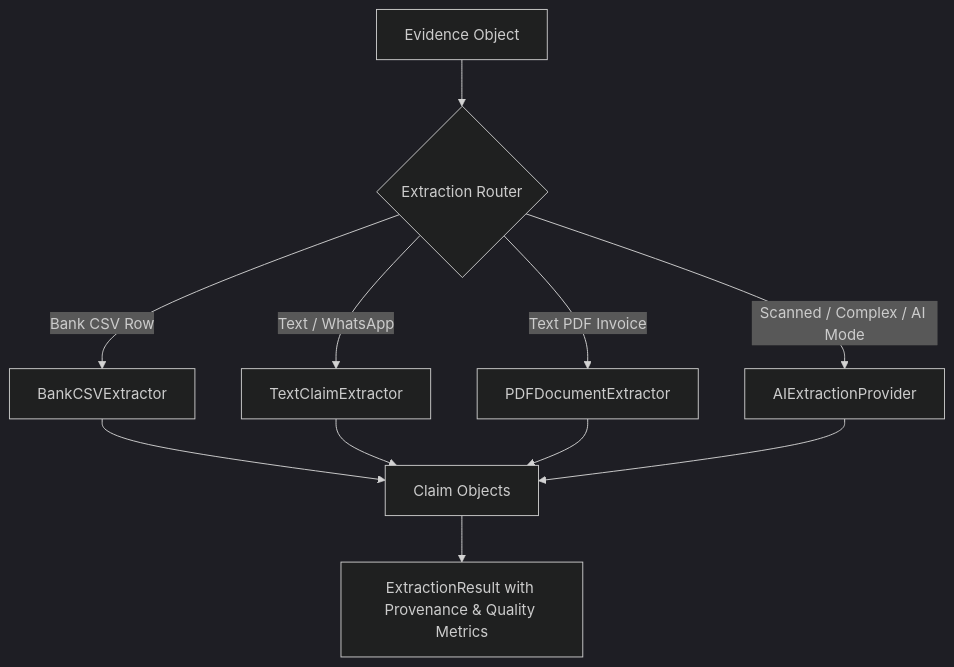
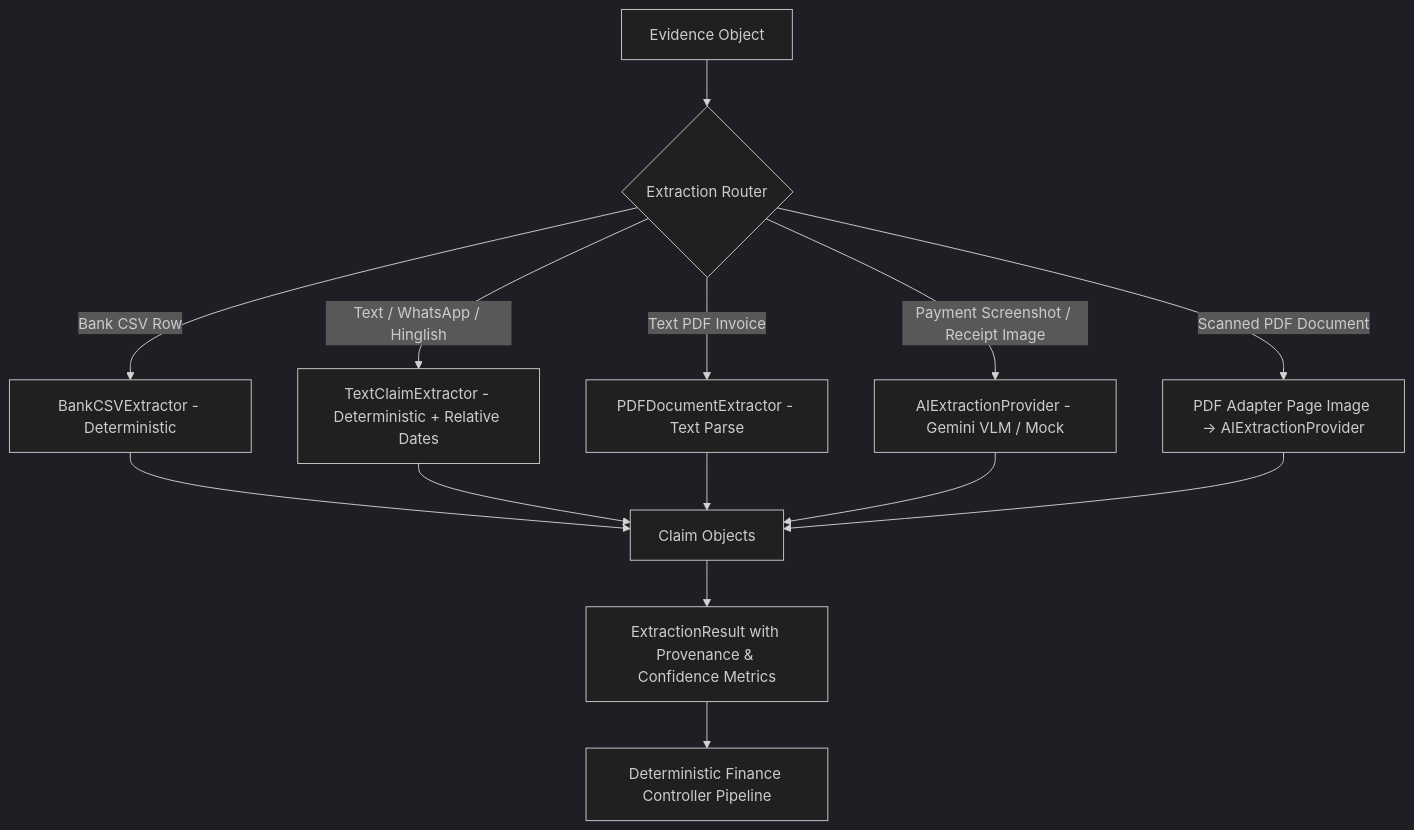
One commit to Sahaj1207/VERITY changed the diagram in docs/extraction.md. Above: the diagram before and after it, drawn with Mermaid (dark theme). The commit also changed other lines of this file and 176 other files, not shown here.

Commit message:
feat: finalize VERITY AI Finance Controller submission

````diff
--- a/docs/extraction.md
+++ b/docs/extraction.md
@@ -31,16 +34,19 @@
 ```mermaid
 graph TD
     A[Evidence Object] --> B{Extraction Router}
     
-    B -->|Bank CSV Row| C[BankCSVExtractor]
-    B -->|Text / WhatsApp| D[TextClaimExtractor]
-    B -->|Text PDF Invoice| E[PDFDocumentExtractor]
-    B -->|Scanned / Complex / AI Mode| F[AIExtractionProvider]
+    B -->|Bank CSV Row| C[BankCSVExtractor - Deterministic]
+    B -->|Text / WhatsApp / Hinglish| D[TextClaimExtractor - Deterministic + Relative Dates]
+    B -->|Text PDF Invoice| E[PDFDocumentExtractor - Text Parse]
+    B -->|Payment Screenshot / Receipt Image| F[AIExtractionProvider - Gemini VLM / Mock]
+    B -->|Scanned PDF Document| G[PDF Adapter Page Image -> AIExtractionProvider]
     
-    C --> G[Claim Objects]
-    D --> G
-    E --> G
-    F --> G
+    C --> H[Claim Objects]
+    D --> H
+    E --> H
+    F --> H
+    G --> H
     
-    G --> H[ExtractionResult with Provenance & Quality Metrics]
+    H --> I[ExtractionResult with Provenance & Confidence Metrics]
+    I --> J[Deterministic Finance Controller Pipeline]
 ```
````
